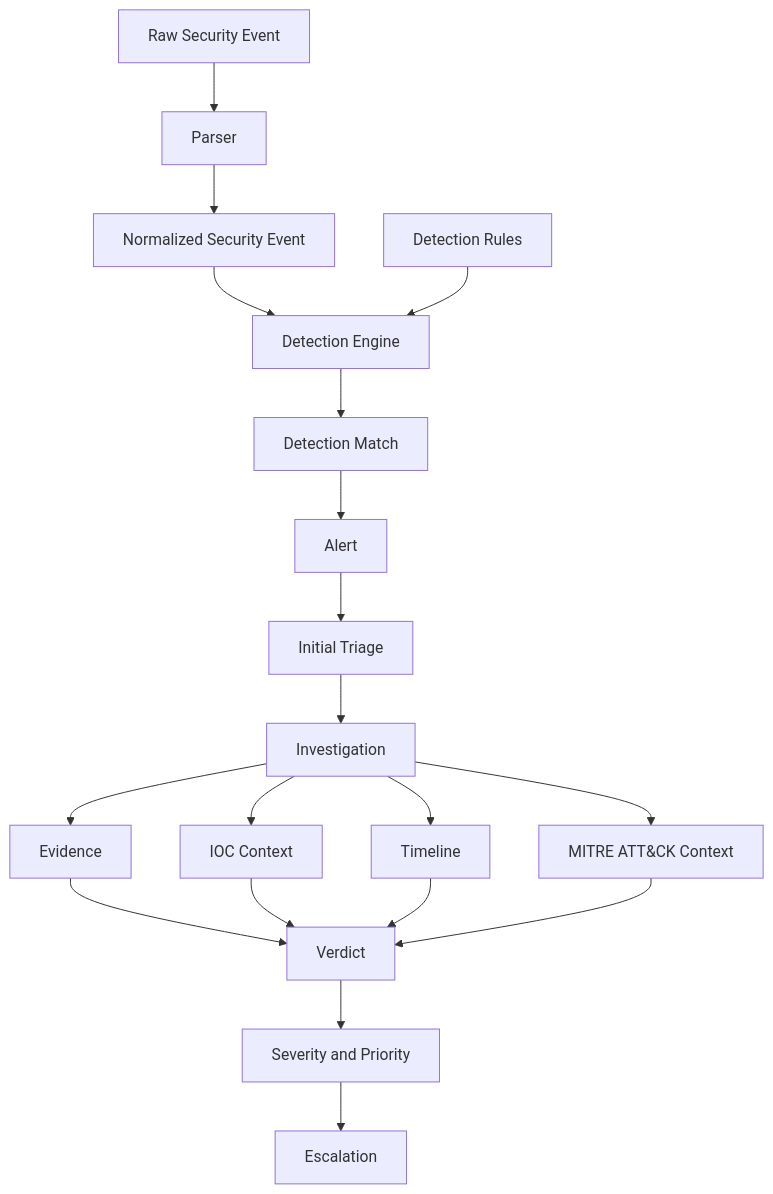
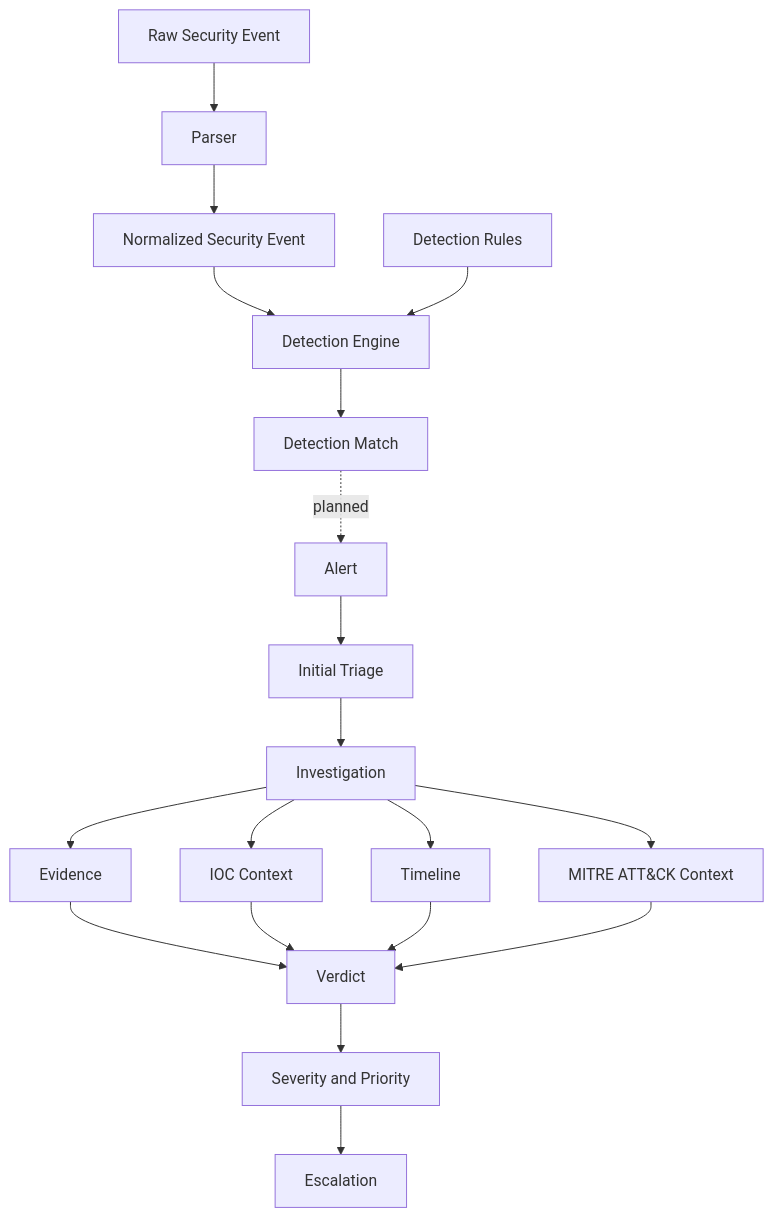
Before and after one commit to emelianov-project/soc-investigation-lab: the diagram in docs/architecture/overview.md, drawn with Mermaid. The commit also changed other lines of this file and 5 other files, not shown here.

````diff
--- a/docs/architecture/overview.md
+++ b/docs/architecture/overview.md
@@ -47,21 +47,21 @@
 ```mermaid
 flowchart TD
     A[Raw Security Event] --> B[Parser]
     B --> C[Normalized Security Event]
     C --> D[Detection Engine]
     R[Detection Rules] --> D
     D --> E[Detection Match]
-    E --> F[Alert]
+    E -. planned .-> F[Alert]
     F --> G[Initial Triage]
     G --> H[Investigation]
     H --> I[Evidence]
     H --> J[IOC Context]
     H --> K[Timeline]
     H --> L[MITRE ATT&CK Context]
     I --> M[Verdict]
     J --> M
     K --> M
     L --> M
     M --> N[Severity and Priority]
     N --> O[Escalation]
 ```
````
